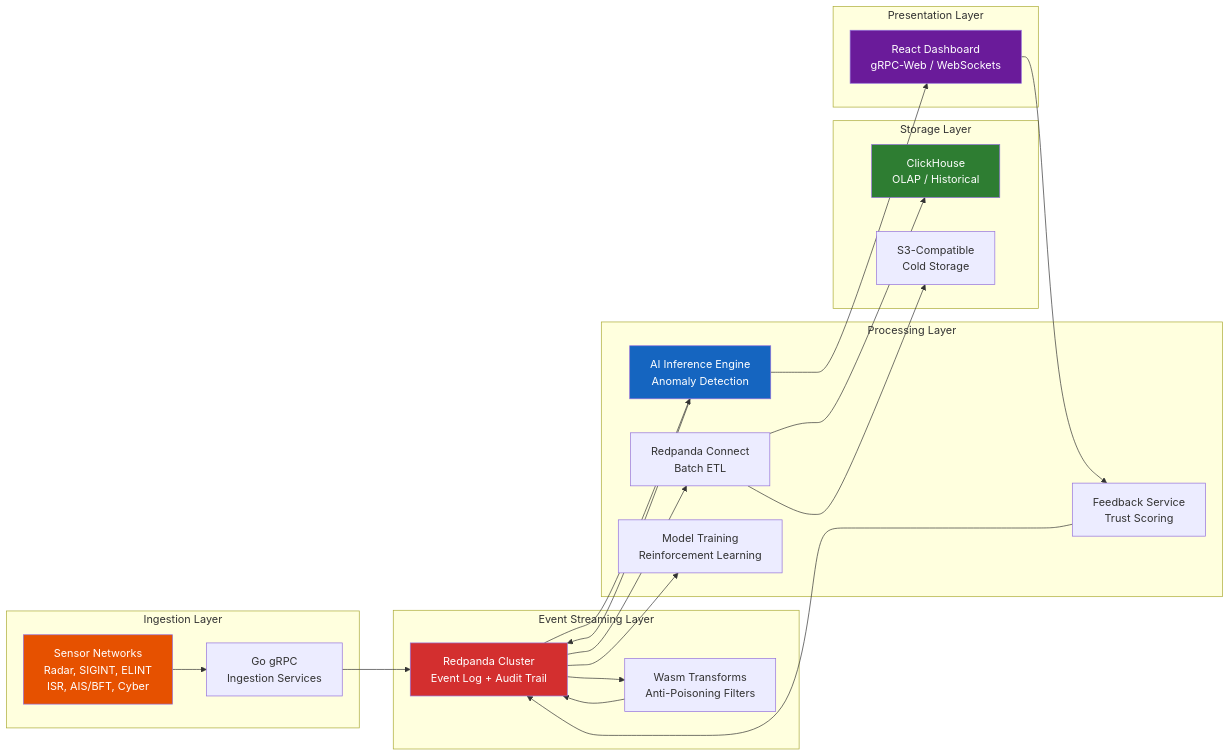
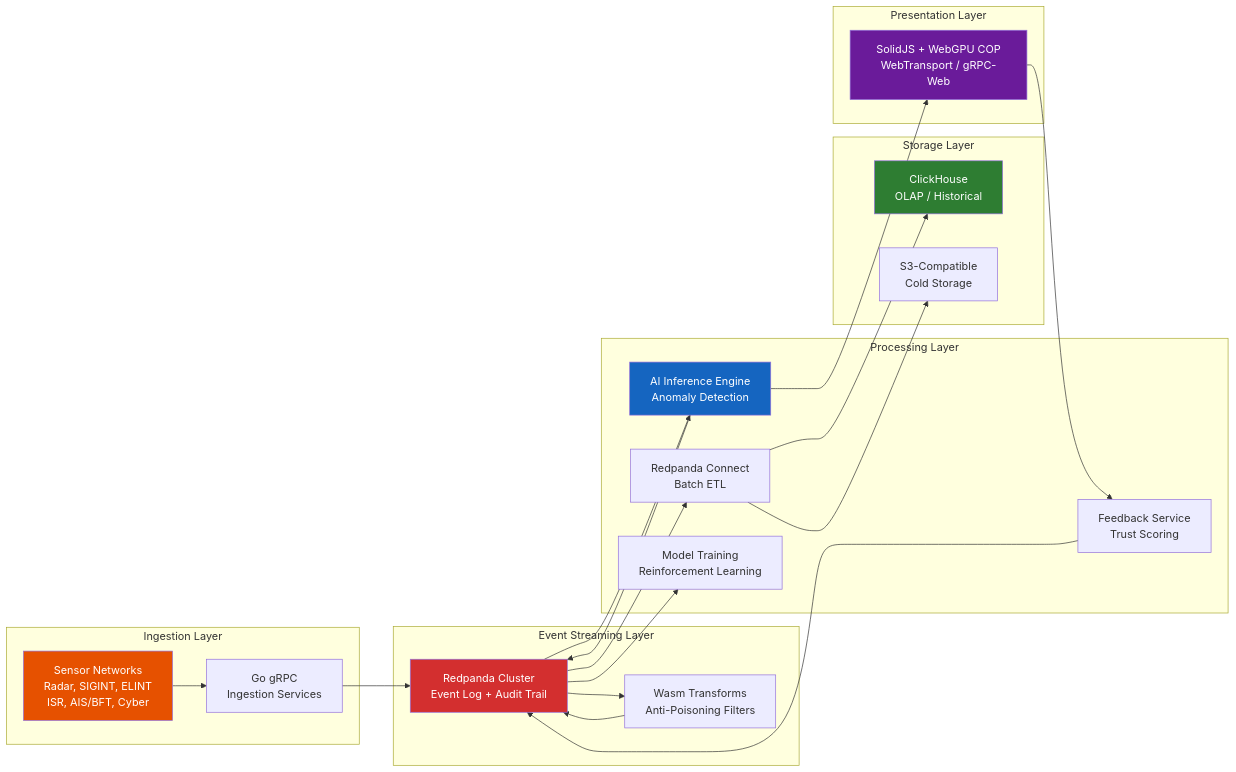
The first of 2 diagrams in docs/sdlc_guidelines/00_master_policy.md (arvinddhasmana/rtsa_webgpu), drawn with Mermaid before and after one commit. The commit also changed other lines of this file and 65 other files, not shown here.

````diff
--- a/docs/sdlc_guidelines/00_master_policy.md
+++ b/docs/sdlc_guidelines/00_master_policy.md
@@ -31,48 +31,48 @@
 ```mermaid
 graph LR
     subgraph "Ingestion Layer"
         SENSORS[Sensor Networks<br/>Radar, SIGINT, ELINT<br/>ISR, AIS/BFT, Cyber]
         GRPC_IN[Go gRPC<br/>Ingestion Services]
     end
 
     subgraph "Event Streaming Layer"
         RP[Redpanda Cluster<br/>Event Log + Audit Trail]
         WASM[Wasm Transforms<br/>Anti-Poisoning Filters]
     end
 
     subgraph "Processing Layer"
         AI[AI Inference Engine<br/>Anomaly Detection]
         ARCHIVER[Redpanda Connect<br/>Batch ETL]
         FEEDBACK[Feedback Service<br/>Trust Scoring]
         TRAIN[Model Training<br/>Reinforcement Learning]
     end
 
     subgraph "Storage Layer"
         CH[ClickHouse<br/>OLAP / Historical]
         S3[S3-Compatible<br/>Cold Storage]
     end
 
     subgraph "Presentation Layer"
-        UI[React Dashboard<br/>gRPC-Web / WebSockets]
+        UI[SolidJS + WebGPU COP<br/>WebTransport / gRPC-Web]
     end
 
     SENSORS --> GRPC_IN
     GRPC_IN --> RP
     RP --> WASM
     WASM --> RP
     RP --> AI
     RP --> ARCHIVER
     ARCHIVER --> CH
     ARCHIVER --> S3
     AI --> RP
     UI --> FEEDBACK
     FEEDBACK --> RP
     RP --> TRAIN
     AI --> UI
 
     style SENSORS fill:#e65100,color:#fff
     style RP fill:#d32f2f,color:#fff
     style AI fill:#1565c0,color:#fff
     style CH fill:#2e7d32,color:#fff
     style UI fill:#6a1b9a,color:#fff
 ```
````
